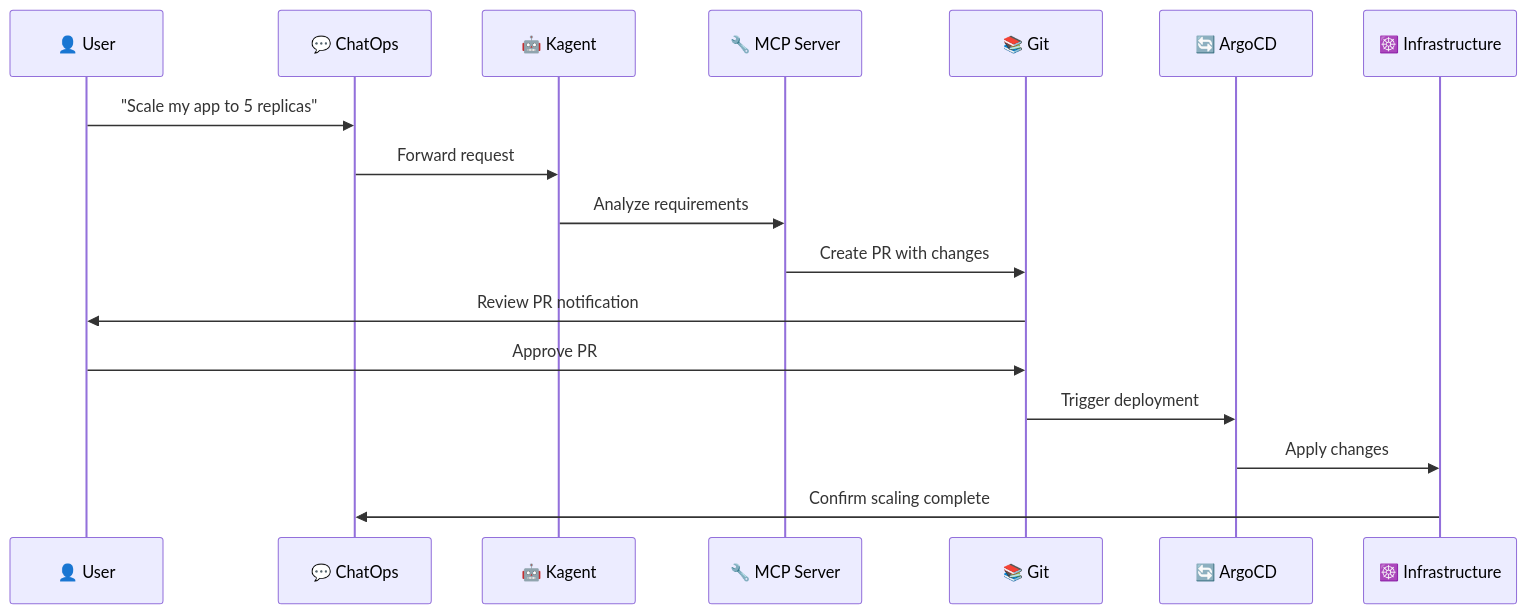
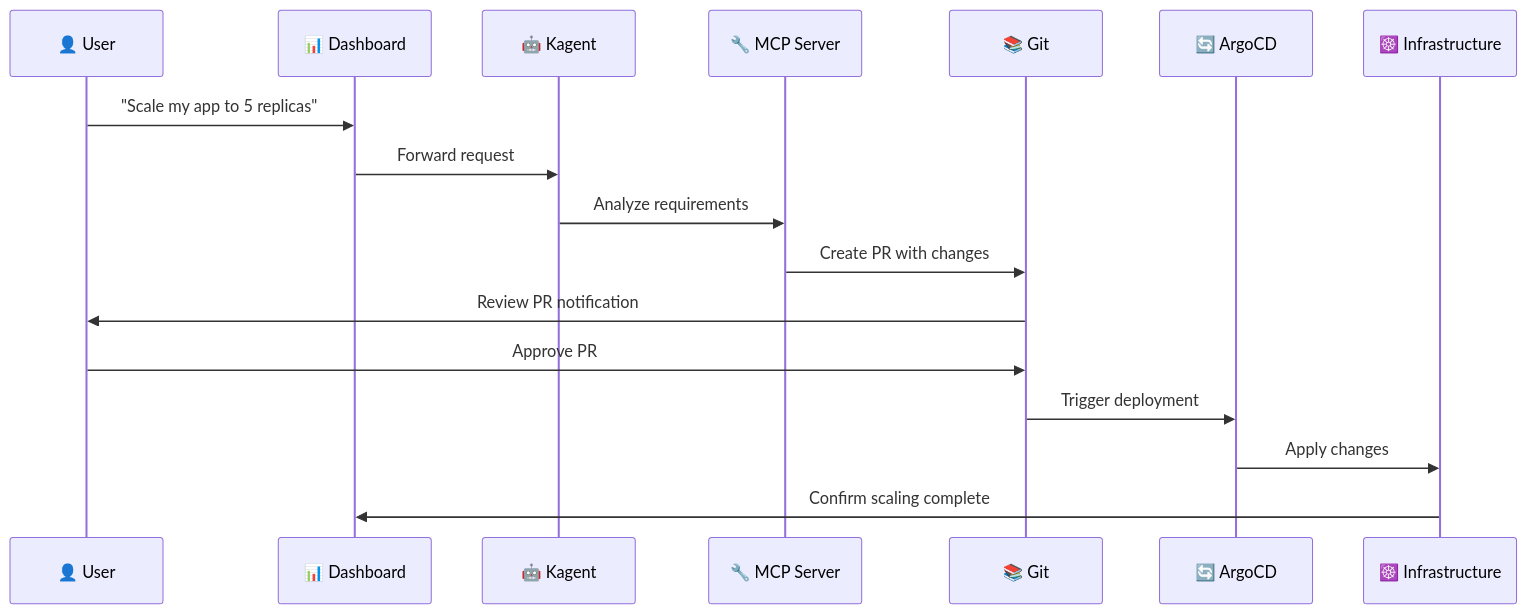
Before and after one commit to devenkulkarni/CFP-kagent: the second of 3 diagrams in architecture-overview.md, drawn with Mermaid. The commit also changed other lines of this file and 1 other file, not shown here.

Commit message:
Simplify architecture: Remove external ChatOps, use built-in kagent dashboard

````diff
--- a/architecture-overview.md
+++ b/architecture-overview.md
@@ -68,20 +68,20 @@
 ```mermaid
 sequenceDiagram
     participant U as 👤 User
-    participant C as 💬 ChatOps
+    participant D as 📊 Dashboard
     participant K as 🤖 Kagent
     participant M as 🔧 MCP Server
     participant G as 📚 Git
     participant A as 🔄 ArgoCD
     participant I as ☸️ Infrastructure
     
-    U->>C: "Scale my app to 5 replicas"
-    C->>K: Forward request
+    U->>D: "Scale my app to 5 replicas"
+    D->>K: Forward request
     K->>M: Analyze requirements
     M->>G: Create PR with changes
     G->>U: Review PR notification
     U->>G: Approve PR
     G->>A: Trigger deployment
     A->>I: Apply changes
-    I->>C: Confirm scaling complete
+    I->>D: Confirm scaling complete
 ```
````
